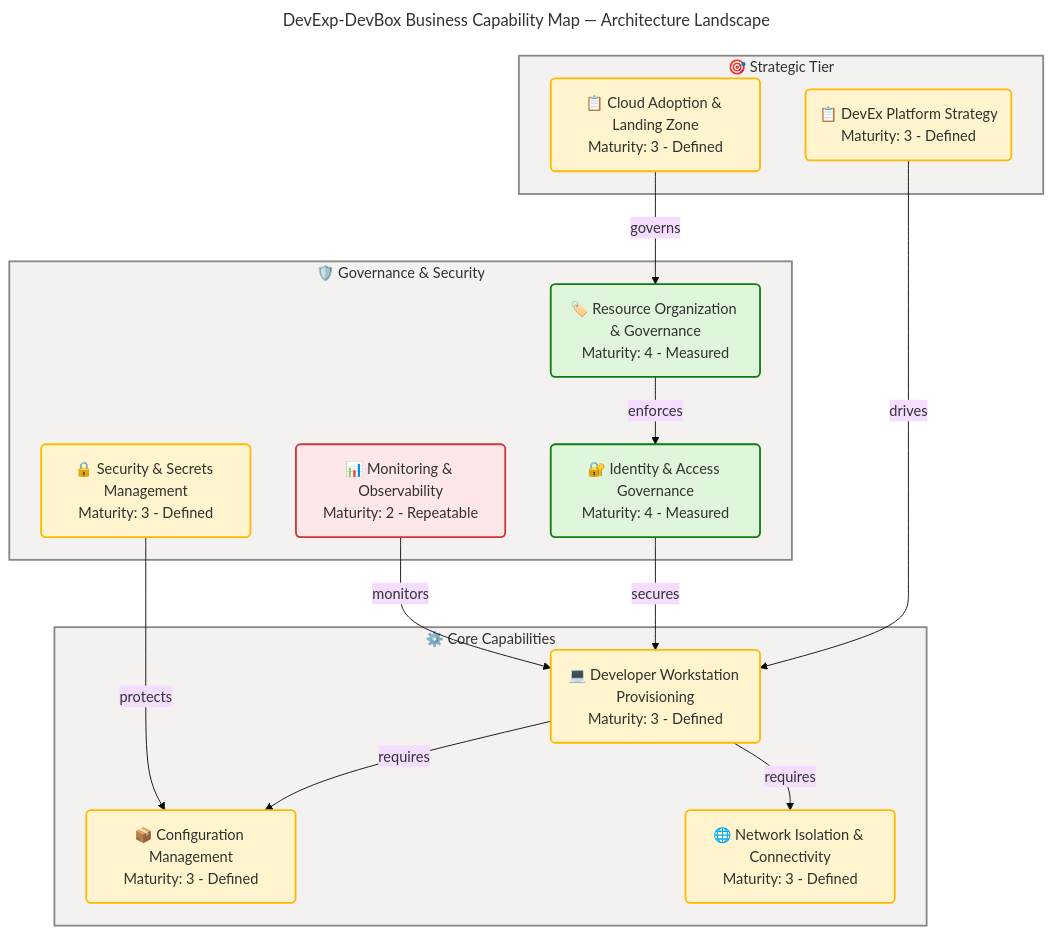
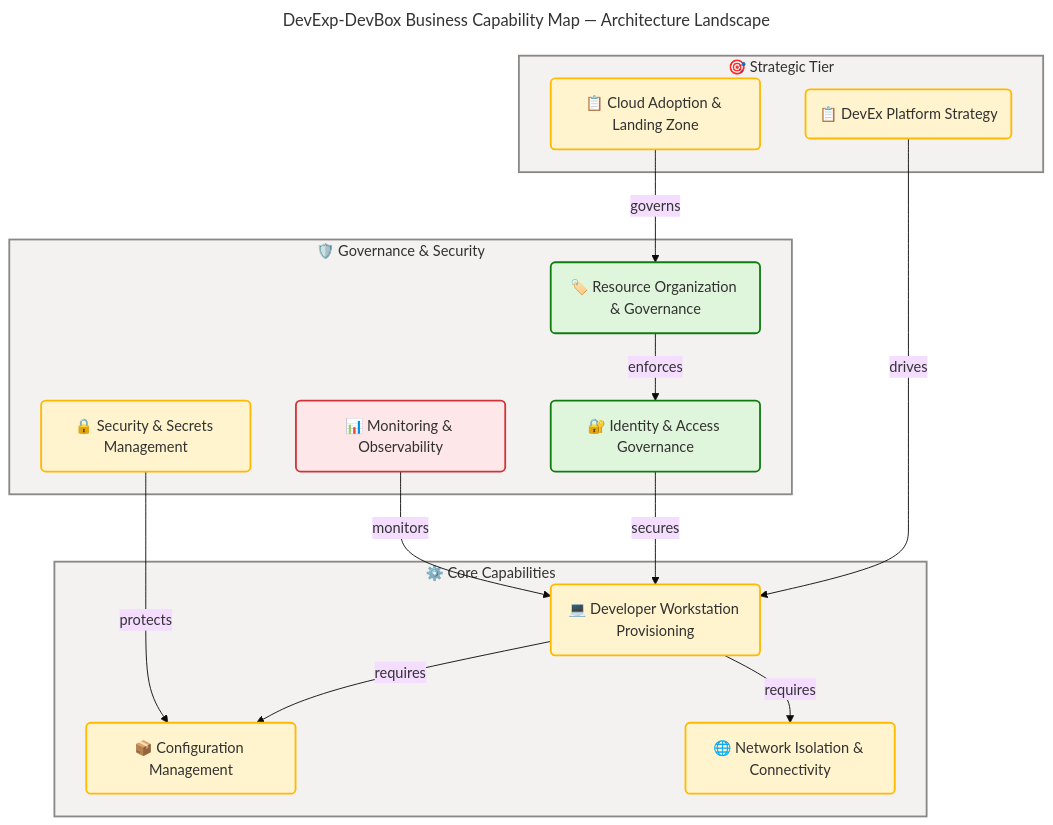
The first of 5 diagrams in docs/architecture/business-architecture.md (Evilazaro/DevExp-DevBox), drawn with Mermaid before and after one commit. The commit also changed other lines of this file, not shown here.

Commit message:
docs: enhance Business Architecture documentation by removing summary table and TOGAF references, and updating sections for clarity and consistency

````diff
--- a/docs/architecture/business-architecture.md
+++ b/docs/architecture/business-architecture.md
@@ -144,64 +144,64 @@
 ```mermaid
 ---
 title: DevExp-DevBox Business Capability Map — Architecture Landscape
 config:
   theme: base
   look: classic
   layout: dagre
   themeVariables:
     fontSize: '16px'
   flowchart:
     htmlLabels: true
 ---
 flowchart TB
     accTitle: DevExp-DevBox Business Capability Map — Architecture Landscape
     accDescr: Shows the 7 core business capabilities organized by strategic, operational, and supporting tiers with maturity levels and dependencies
 
     %% ═══════════════════════════════════════════════════════════════════════════
     %% AZURE / FLUENT ARCHITECTURE PATTERN v1.1
     %% (Semantic + Structural + Font + Accessibility Governance)
     %% ═══════════════════════════════════════════════════════════════════════════
     %% PHASE 1 - FLUENT UI: All styling uses approved Fluent UI palette only
     %% PHASE 2 - GROUPS: Every subgraph has semantic color via style directive
     %% PHASE 3 - COMPONENTS: Every node has semantic classDef + icon prefix
     %% PHASE 4 - ACCESSIBILITY: accTitle/accDescr present, WCAG AA contrast
     %% PHASE 5 - STANDARD: Governance block present, classDefs centralized
     %% ═══════════════════════════════════════════════════════════════════════════
 
     subgraph strategy["🎯 Strategic Tier"]
-        S1("📋 DevEx Platform Strategy<br/>Maturity: 3 - Defined"):::warning
-        S2("📋 Cloud Adoption & Landing Zone<br/>Maturity: 3 - Defined"):::warning
+        S1("📋 DevEx Platform Strategy"):::warning
+        S2("📋 Cloud Adoption & Landing Zone"):::warning
     end
 
     subgraph capabilities["⚙️ Core Capabilities"]
-        C1("💻 Developer Workstation Provisioning<br/>Maturity: 3 - Defined"):::warning
-        C2("📦 Configuration Management<br/>Maturity: 3 - Defined"):::warning
-        C3("🌐 Network Isolation & Connectivity<br/>Maturity: 3 - Defined"):::warning
+        C1("💻 Developer Workstation Provisioning"):::warning
+        C2("📦 Configuration Management"):::warning
+        C3("🌐 Network Isolation & Connectivity"):::warning
     end
 
     subgraph governance["🛡️ Governance & Security"]
-        G1("🔐 Identity & Access Governance<br/>Maturity: 4 - Measured"):::success
-        G2("🔒 Security & Secrets Management<br/>Maturity: 3 - Defined"):::warning
-        G3("📊 Monitoring & Observability<br/>Maturity: 2 - Repeatable"):::danger
-        G4("🏷️ Resource Organization & Governance<br/>Maturity: 4 - Measured"):::success
+        G1("🔐 Identity & Access Governance"):::success
+        G2("🔒 Security & Secrets Management"):::warning
+        G3("📊 Monitoring & Observability"):::danger
+        G4("🏷️ Resource Organization & Governance"):::success
     end
 
     S1 -->|"drives"| C1
     S2 -->|"governs"| G4
     C1 -->|"requires"| C2
     C1 -->|"requires"| C3
     G1 -->|"secures"| C1
     G2 -->|"protects"| C2
     G3 -->|"monitors"| C1
     G4 -->|"enforces"| G1
 
     classDef neutral fill:#FAFAFA,stroke:#8A8886,stroke-width:2px,color:#323130
     classDef core fill:#EFF6FC,stroke:#0078D4,stroke-width:2px,color:#323130
     classDef success fill:#DFF6DD,stroke:#107C10,stroke-width:2px,color:#323130
     classDef warning fill:#FFF4CE,stroke:#FFB900,stroke-width:2px,color:#323130
     classDef danger fill:#FDE7E9,stroke:#D13438,stroke-width:2px,color:#323130
 
     style strategy fill:#F3F2F1,stroke:#8A8886,stroke-width:2px,color:#323130
     style capabilities fill:#F3F2F1,stroke:#8A8886,stroke-width:2px,color:#323130
     style governance fill:#F3F2F1,stroke:#8A8886,stroke-width:2px,color:#323130
 ```
````
